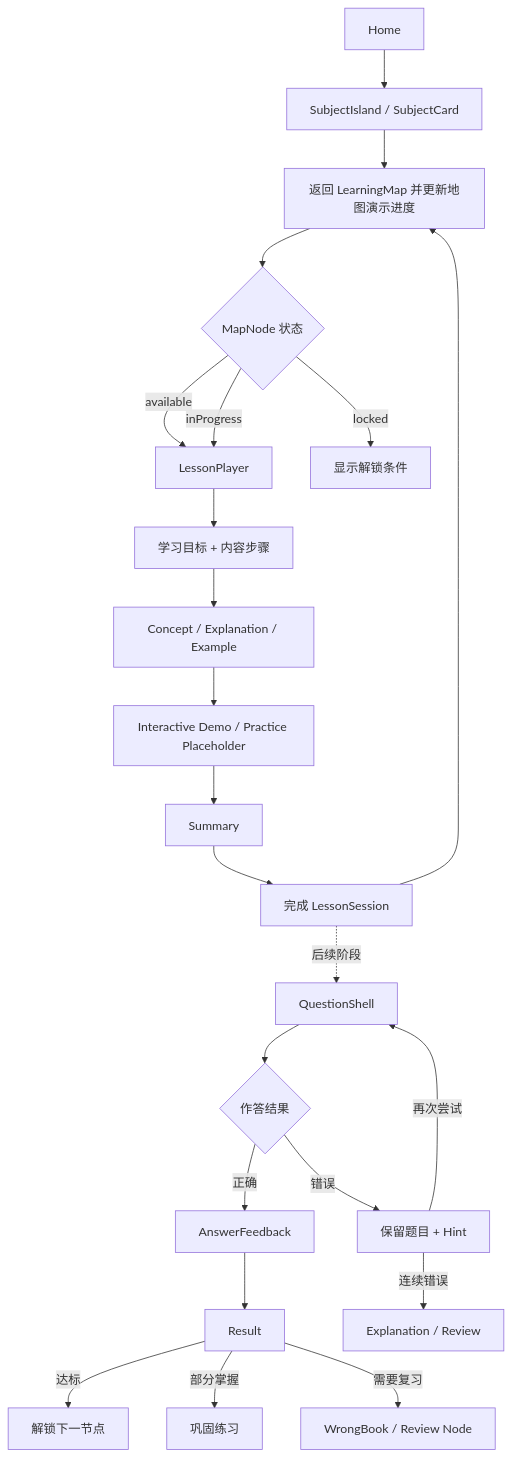
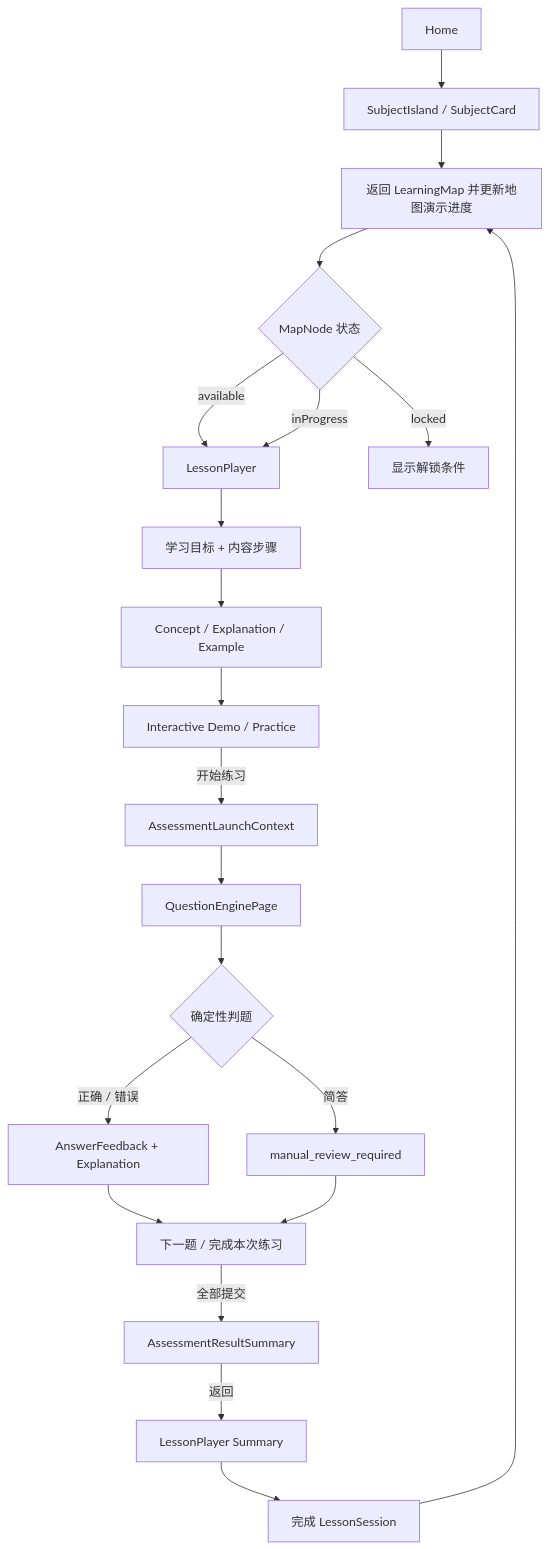
Before and after one commit to gaoxinyue623/knowledge-island-learning: the fourth of 11 diagrams in UI_FLOW.md, drawn with Mermaid. The commit also changed other lines of this file and 62 other files, not shown here.

Commit message:
feat: implement phase 9 question engine

````diff
--- a/UI_FLOW.md
+++ b/UI_FLOW.md
@@ -87,25 +87,23 @@
 ```mermaid
 flowchart TD
     H[Home] --> S[SubjectIsland / SubjectCard]
     S --> M[LearningMap]
     M --> N{MapNode 状态}
     N -->|available| L[LessonPlayer]
     N -->|inProgress| L
     N -->|locked| N1[显示解锁条件]
     L --> L1[学习目标 + 内容步骤]
     L1 --> L2[Concept / Explanation / Example]
-    L2 --> L3[Interactive Demo / Practice Placeholder]
-    L3 --> L4[Summary]
+    L2 --> L3[Interactive Demo / Practice]
+    L3 -->|开始练习| Q[AssessmentLaunchContext]
+    Q --> QE[QuestionEnginePage]
+    QE --> Q1{确定性判题}
+    Q1 -->|正确 / 错误| Q2[AnswerFeedback + Explanation]
+    Q1 -->|简答| Q3[manual_review_required]
+    Q2 --> Q4[下一题 / 完成本次练习]
+    Q3 --> Q4
+    Q4 -->|全部提交| R[AssessmentResultSummary]
+    R -->|返回| L4[LessonPlayer Summary]
     L4 --> L5[完成 LessonSession]
     L5 --> M[返回 LearningMap 并更新地图演示进度]
-    L5 -. 后续阶段 .-> Q[QuestionShell]
-    Q --> Q1{作答结果}
-    Q1 -->|正确| Q2[AnswerFeedback]
-    Q1 -->|错误| Q3[保留题目 + Hint]
-    Q3 -->|再次尝试| Q
-    Q3 -->|连续错误| Q4[Explanation / Review]
-    Q2 --> R[Result]
-    R -->|达标| U[解锁下一节点]
-    R -->|部分掌握| V[巩固练习]
-    R -->|需要复习| W[WrongBook / Review Node]
 ```
````
